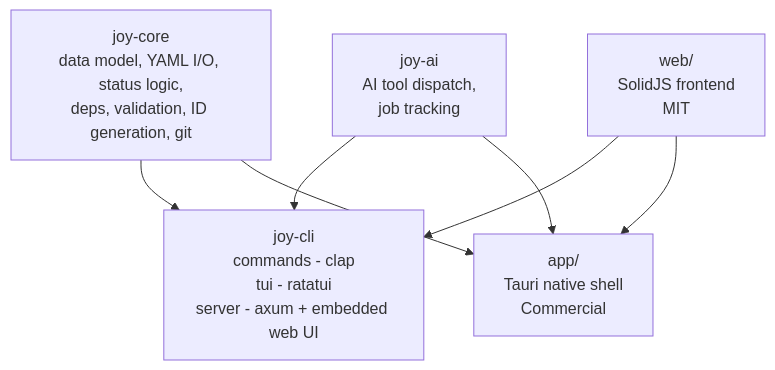
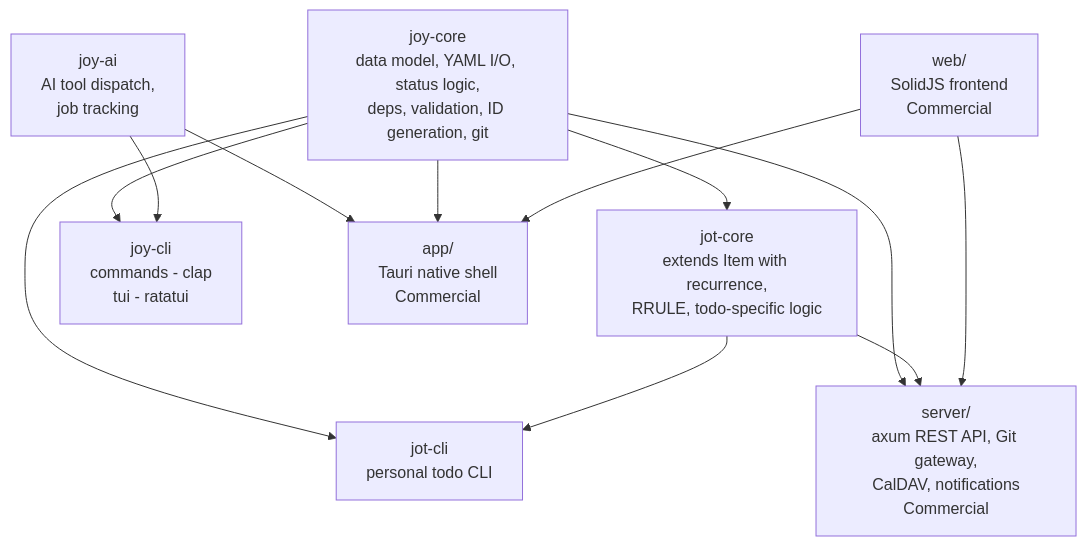
Before and after one commit to joyint/joy: the second of 2 diagrams in docs/dev/Architecture.md, drawn with Mermaid. The commit also changed other lines of this file and 17 other files, not shown here.

````diff
--- a/docs/dev/Architecture.md
+++ b/docs/dev/Architecture.md
@@ -66,16 +66,24 @@
 ```mermaid
 graph TD
     CORE[joy-core<br/>data model, YAML I/O, status logic,<br/>deps, validation, ID generation, git]
 
-    CLI[joy-cli<br/>commands - clap<br/>tui - ratatui<br/>server - axum + embedded web UI]
+    JOTCORE[jot-core<br/>extends Item with recurrence,<br/>RRULE, todo-specific logic]
+    CLI[joy-cli<br/>commands - clap<br/>tui - ratatui]
+    JOTCLI[jot-cli<br/>personal todo CLI]
     AI[joy-ai<br/>AI tool dispatch,<br/>job tracking]
-    WEB[web/<br/>SolidJS frontend<br/>MIT]
+    SERVER[server/<br/>axum REST API, Git gateway,<br/>CalDAV, notifications<br/>Commercial]
+    WEB[web/<br/>SolidJS frontend<br/>Commercial]
     APP[app/<br/>Tauri native shell<br/>Commercial]
 
+    CORE --> JOTCORE
     CORE --> CLI
+    CORE --> JOTCLI
+    JOTCORE --> JOTCLI
     AI --> CLI
     AI --> APP
+    CORE --> SERVER
+    JOTCORE --> SERVER
     CORE --> APP
-    WEB --> CLI
+    WEB --> SERVER
     WEB --> APP
 ```
````
